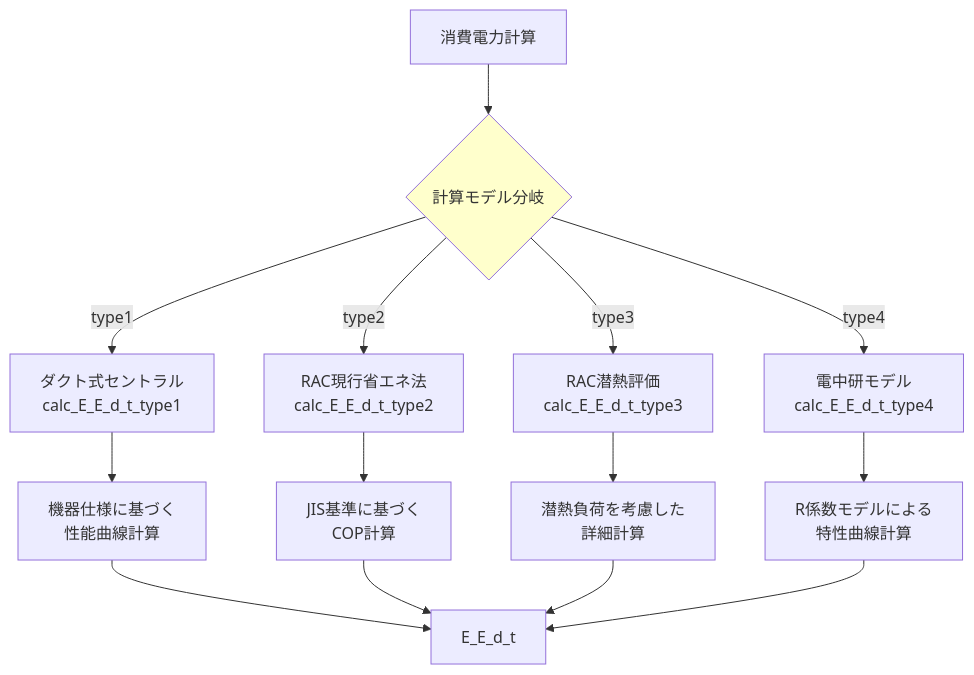
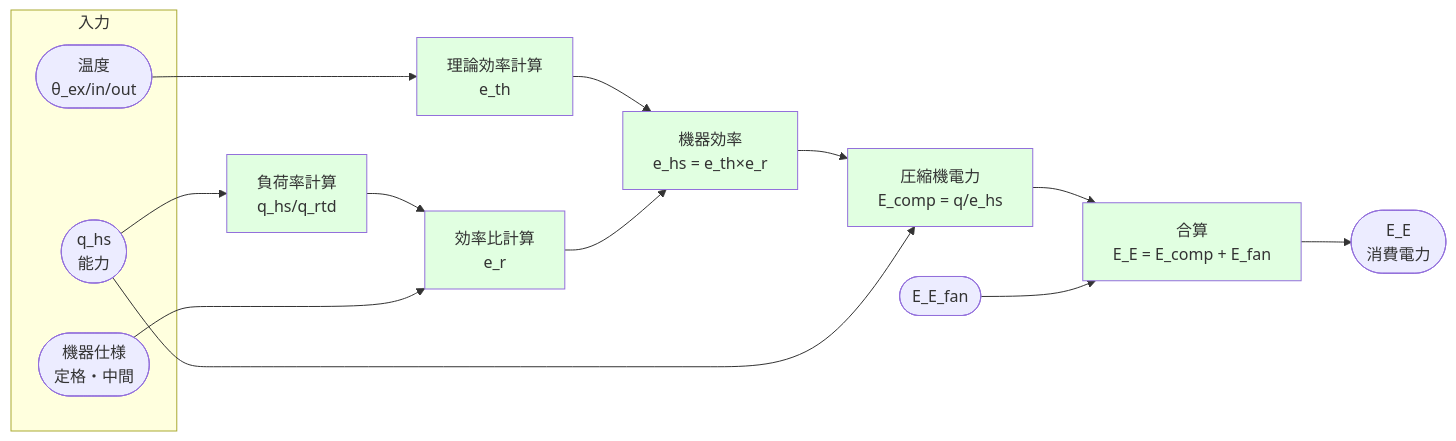
Before and after one commit to izumi-system-development/pyhees-jjj: the sixth of 6 diagrams in src/docs/プロセスモデル_消費電力計算_標準.md, drawn with Mermaid. The commit also changed other lines of this file, not shown here.

````diff
--- a/src/docs/プロセスモデル_消費電力計算_標準.md
+++ b/src/docs/プロセスモデル_消費電力計算_標準.md
@@ -292,21 +407,33 @@
 ```mermaid
-flowchart TD
-    Start[消費電力計算] --> Type{計算モデル分岐}
-    
-    Type -->|type1| Type1[ダクト式セントラル<br/>calc_E_E_d_t_type1]
-    Type -->|type2| Type2[RAC現行省エネ法<br/>calc_E_E_d_t_type2]
-    Type -->|type3| Type3[RAC潜熱評価<br/>calc_E_E_d_t_type3]
-    Type -->|type4| Type4[電中研モデル<br/>calc_E_E_d_t_type4]
-    
-    Type1 --> Detail1[機器仕様に基づく<br/>性能曲線計算]
-    Type2 --> Detail2[JIS基準に基づく<br/>COP計算]
-    Type3 --> Detail3[潜熱負荷を考慮した<br/>詳細計算]
-    Type4 --> Detail4[R係数モデルによる<br/>特性曲線計算]
-    
-    Detail1 --> Result[E_E_d_t]
-    Detail2 --> Result
-    Detail3 --> Result
-    Detail4 --> Result
-    
-    style Type fill:#ffffcc
+flowchart LR
+
+subgraph 入力
+    Temp([温度<br/>θ_ex/in/out])
+    q([q_hs<br/>能力])
+    Spec([機器仕様<br/>定格・中間])
+end
+
+Temp --> e_th[理論効率計算<br/>e_th]
+q --> Load
+
+Load[負荷率計算<br/>q_hs/q_rtd] --> e_r[効率比計算<br/>e_r]
+Spec --> e_r
+
+e_th --> e_hs[機器効率<br/>e_hs = e_th×e_r]
+e_r --> e_hs
+
+e_hs --> Comp[圧縮機電力<br/>E_comp = q/e_hs]
+q --> Comp
+
+Comp --> Add[合算<br/>E_E = E_comp + E_fan]
+E_fan([E_E_fan]) --> Add
+
+Add --> Result([E_E<br/>消費電力])
+
+style e_th fill:#e1ffe1
+style Load fill:#e1ffe1
+style e_r fill:#e1ffe1
+style e_hs fill:#e1ffe1
+style Comp fill:#e1ffe1
+style Add fill:#e1ffe1
 ```
````
